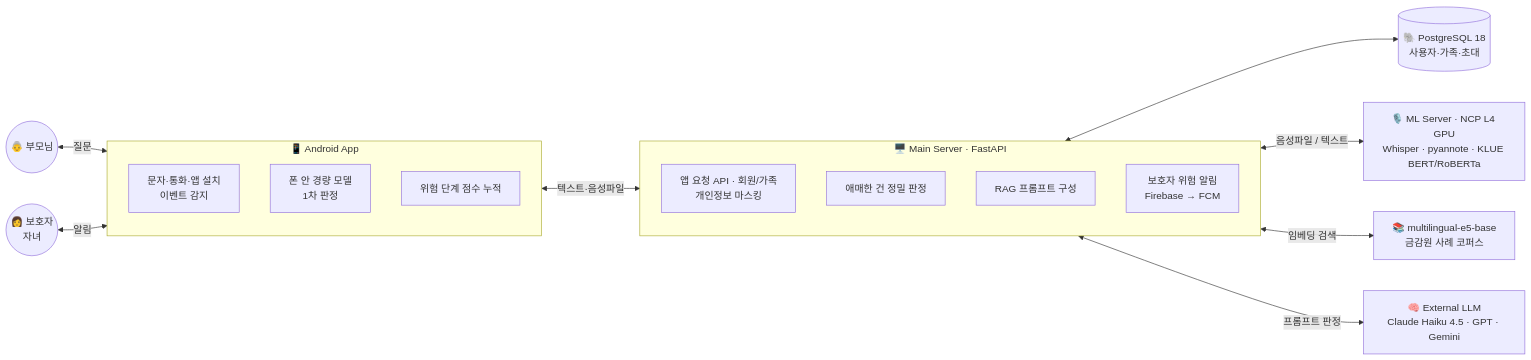
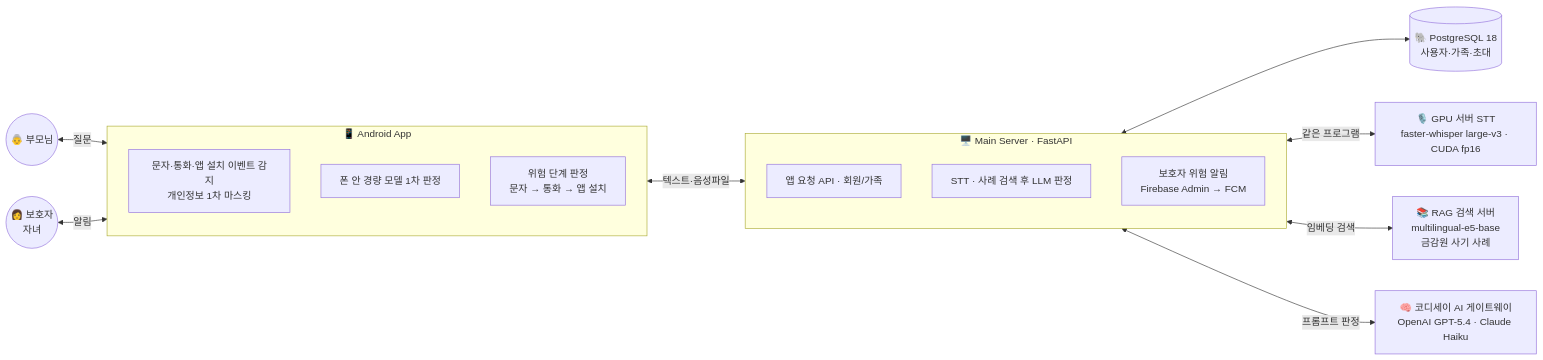
One commit to jha21vvv/26codyssey_hackerton changed the diagram in README.md. Above: the diagram before and after it, drawn with Mermaid. The commit also changed other lines of this file, not shown here.

````diff
--- a/README.md
+++ b/README.md
@@ -97,25 +99,24 @@
 ```mermaid
 flowchart LR
     P((👵 부모님)) <-->|질문| APP
     G((👩 보호자<br/>자녀)) <-->|알림| APP
 
     subgraph APP[📱 Android App]
-        A1[문자·통화·앱 설치<br/>이벤트 감지]
-        A2[폰 안 경량 모델<br/>1차 판정]
-        A3[위험 단계 점수 누적]
+        A1[문자·통화·앱 설치 이벤트 감지<br/>개인정보 1차 마스킹]
+        A2[폰 안 경량 모델 1차 판정]
+        A3[위험 단계 판정<br/>문자 → 통화 → 앱 설치]
     end
 
     APP <-->|텍스트·음성파일| WAS
 
     subgraph WAS[🖥️ Main Server · FastAPI]
-        W1[앱 요청 API · 회원/가족<br/>개인정보 마스킹]
-        W2[애매한 건 정밀 판정]
-        W3[RAG 프롬프트 구성]
-        W4[보호자 위험 알림<br/>Firebase → FCM]
+        W1[앱 요청 API · 회원/가족]
+        W2[STT · 사례 검색 후 LLM 판정]
+        W3[보호자 위험 알림<br/>Firebase Admin → FCM]
     end
 
     WAS <--> DB[(🐘 PostgreSQL 18<br/>사용자·가족·초대)]
-    WAS <-->|음성파일 / 텍스트| ML[🎙️ ML Server · NCP L4 GPU<br/>Whisper · pyannote · KLUE BERT/RoBERTa]
-    WAS <-->|임베딩 검색| RAG[📚 multilingual-e5-base<br/>금감원 사례 코퍼스]
-    WAS <-->|프롬프트 판정| LLM[🧠 External LLM<br/>Claude Haiku 4.5 · GPT · Gemini]
+    WAS <-->|같은 프로그램| STT[🎙️ GPU 서버 STT<br/>faster-whisper large-v3 · CUDA fp16]
+    WAS <-->|임베딩 검색| RAG[📚 RAG 검색 서버<br/>multilingual-e5-base<br/>금감원 사기 사례]
+    WAS <-->|프롬프트 판정| LLM[🧠 코디세이 AI 게이트웨이<br/>OpenAI GPT-5.4 · Claude Haiku]
 ```
````
